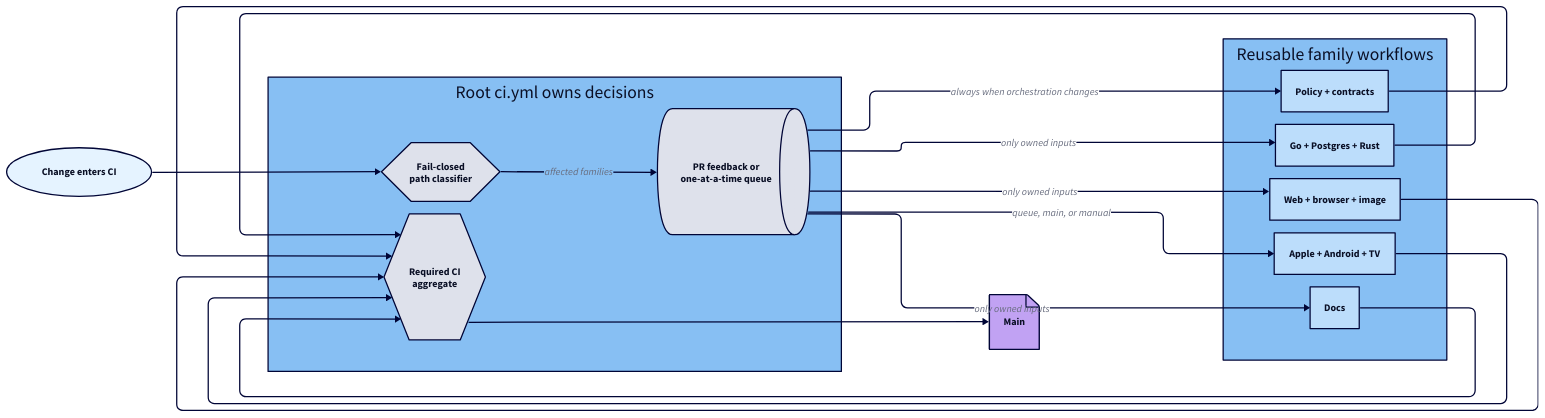
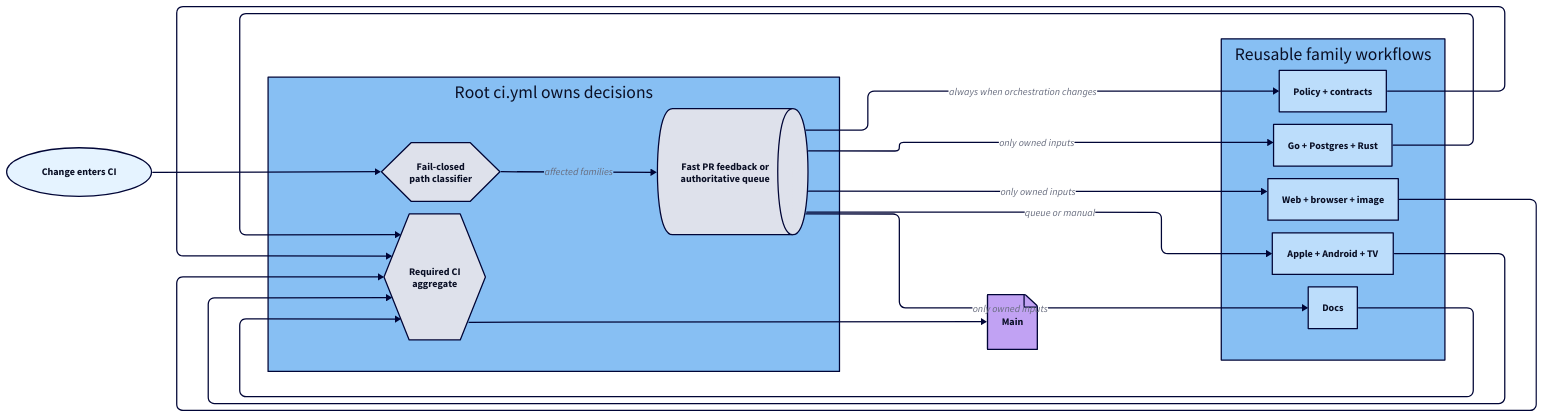
One commit to loomarr/loomarr changed the diagram in docs/diagrams/ci.d2. Above: the diagram before and after it, drawn with D2. The commit also changed 4 other files, not shown here.

```diff
--- a/docs/diagrams/ci.d2
+++ b/docs/diagrams/ci.d2
@@ -1,47 +1,47 @@
 vars: {
   d2-config: {
     layout-engine: elk
     theme-id: 4
     dark-theme-id: 200
     pad: 32
     center: true
   }
 }
 
 direction: right
 
 inputs: Change enters CI {
   shape: oval
 }
 
 orchestrator: Root ci.yml owns decisions {
   classifier: Fail-closed\npath classifier {shape: hexagon}
-  admission: PR feedback or\none-at-a-time queue {shape: queue}
+  admission: Fast PR feedback or\nauthoritative queue {shape: queue}
   aggregate: Required CI\naggregate {shape: hexagon}
 
   classifier -> admission: affected families
 }
 
 families: Reusable family workflows {
   direction: down
   policy: Policy + contracts
   go: Go + Postgres + Rust
   web: Web + browser + image
   native: Apple + Android + TV
   docs: Docs
 }
 
 main: Main {shape: page}
 
 inputs -> orchestrator.classifier
 orchestrator.admission -> families.policy: always when orchestration changes
 orchestrator.admission -> families.go: only owned inputs
 orchestrator.admission -> families.web: only owned inputs
-orchestrator.admission -> families.native: queue, main, or manual
+orchestrator.admission -> families.native: queue or manual
 orchestrator.admission -> families.docs: only owned inputs
 families.policy -> orchestrator.aggregate
 families.go -> orchestrator.aggregate
 families.web -> orchestrator.aggregate
 families.native -> orchestrator.aggregate
 families.docs -> orchestrator.aggregate
 orchestrator.aggregate -> main
```
